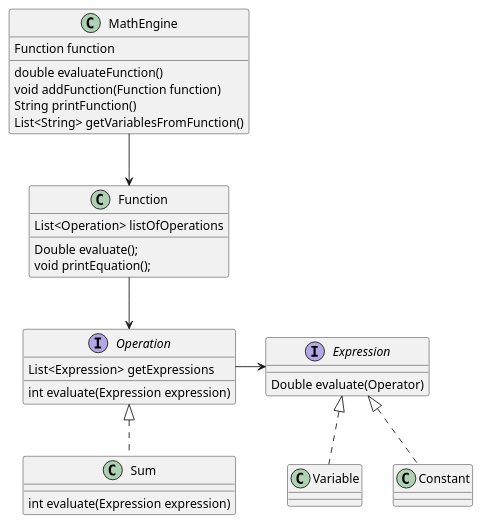
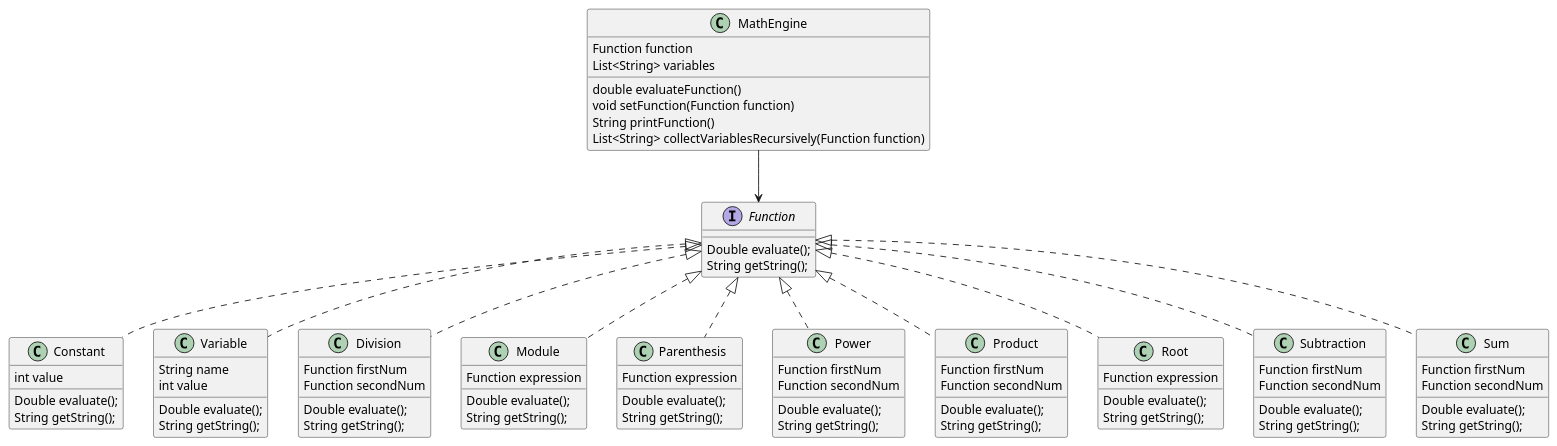
The diagram in diagrams/functions_class.puml (austral-ingsis-classroom/formula-husseymarcos), drawn with PlantUML before and after one commit.

```diff
--- a/diagrams/functions_class.puml
+++ b/diagrams/functions_class.puml
@@ -1,45 +1,89 @@
 @startuml
 
 class MathEngine{
     Function function
+    List<String> variables
     double evaluateFunction()
-    void addFunction(Function function)
+    void setFunction(Function function)
     String printFunction()
-    List<String> getVariablesFromFunction()
+    List<String> collectVariablesRecursively(Function function)
 }
 MathEngine --> Function
 
-class Function{
-    List<Operation> listOfOperations
+interface Function{
     Double evaluate();
-    void printEquation();
+    String getString();
 }
 
-Function --> Operation
+
+class Constant implements Function{
+int value
+Double evaluate();
+    String getString();
+}
 
 
-interface Expression{
-    Double evaluate(Operator)
+class Variable implements Function{
+String name
+int value
+Double evaluate();
+    String getString();
 }
 
-interface Operation{
-    int evaluate(Expression expression)
-    List<Expression> getExpressions
+class Division implements Function{
+Function firstNum
+Function secondNum
+
+Double evaluate();
+    String getString();
 }
 
-Operation -> Expression
-
-class Sum implements Operation{
-    int evaluate(Expression expression)
+class Module implements Function{
+Function expression
+Double evaluate();
+    String getString();
 }
 
-class Variable implements Expression{
+class Parenthesis implements Function{
+Function expression
+Double evaluate();
+    String getString();
 }
 
-class Constant implements Expression{
+class Power implements Function{
+Function firstNum
+Function secondNum
+Double evaluate();
+    String getString();
 }
 
-interface Expression{}
+class Product implements Function{
+Function firstNum
+Function secondNum
+Double evaluate();
+    String getString();
+}
+
+class Root implements Function{
+Function expression
+Double evaluate();
+    String getString();
+}
+
+class Subtraction implements Function{
+Function firstNum
+Function secondNum
+Double evaluate();
+    String getString();
+}
+
+class Sum implements Function{
+Function firstNum
+Function secondNum
+Double evaluate();
+    String getString();
+}
+
 
 
 @enduml
```
